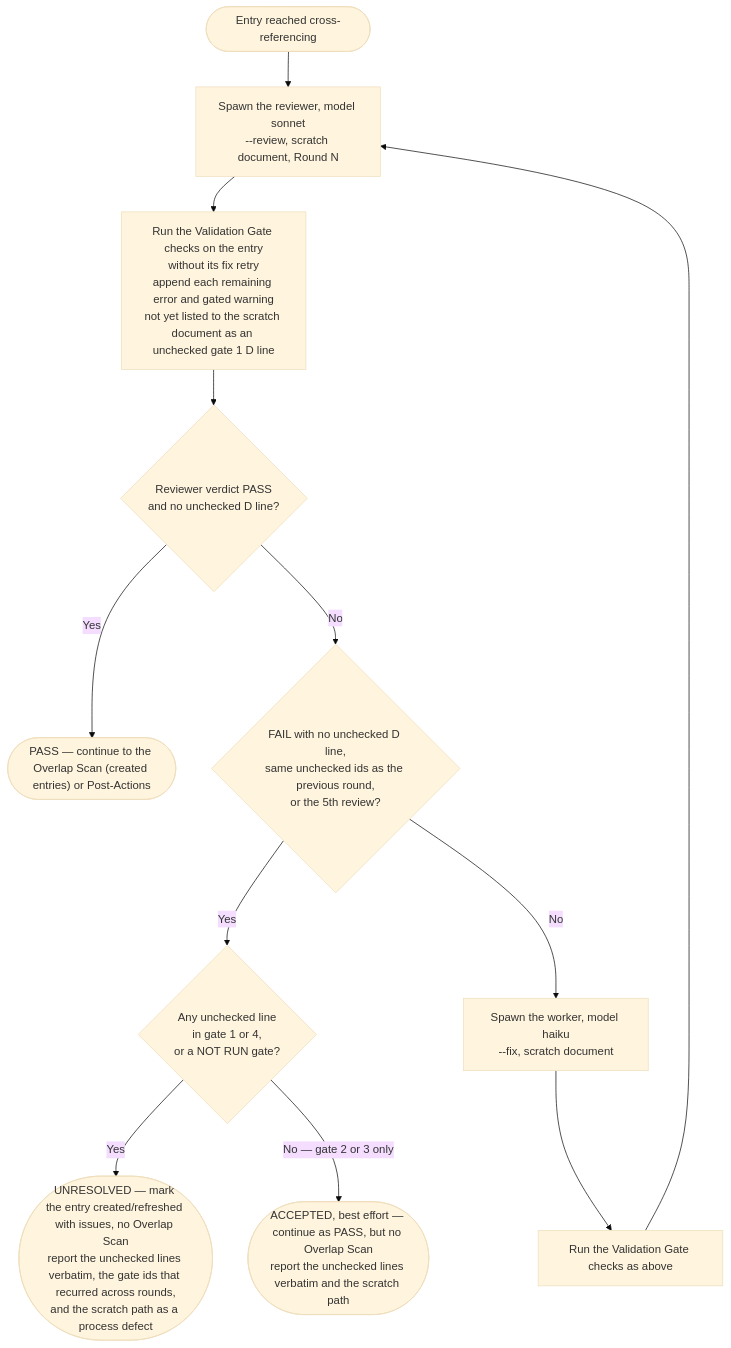
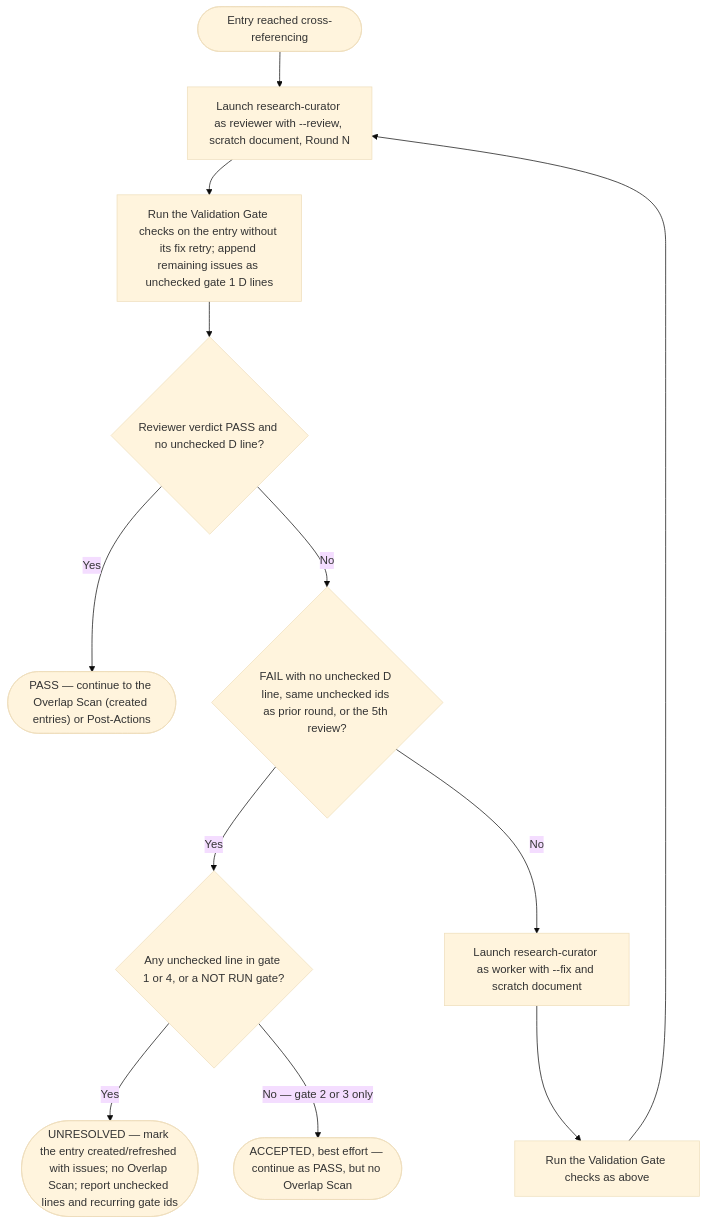
The fourth of 4 diagrams in .claude/skills/research-curator/SKILL.md (Jamie-BitFlight/claude_skills), drawn with Mermaid (base theme) before and after one commit. The commit also changed other lines of this file and 13 other files, not shown here.

````diff
--- a/.claude/skills/research-curator/SKILL.md
+++ b/.claude/skills/research-curator/SKILL.md
@@ -282,14 +323,14 @@
 ```mermaid
 flowchart TD
-    Start(["Entry reached cross-referencing"]) --> Review["Spawn the reviewer, model sonnet<br>--review, scratch document, Round N"]
-    Review --> Gate["Run the Validation Gate checks on the entry<br>without its fix retry<br>append each remaining error and gated warning<br>not yet listed to the scratch document as an unchecked gate 1 D line"]
-    Gate --> Q{"Reviewer verdict PASS<br>and no unchecked D line?"}
+    Start(["Entry reached cross-referencing"]) --> Review["Launch research-curator as reviewer with --review, scratch document, Round N"]
+    Review --> Gate["Run the Validation Gate checks on the entry without its fix retry; append remaining issues as unchecked gate 1 D lines"]
+    Gate --> Q{"Reviewer verdict PASS and no unchecked D line?"}
     Q -->|"Yes"| Pass(["PASS — continue to the Overlap Scan (created entries) or Post-Actions"])
-    Q -->|"No"| Stop{"FAIL with no unchecked D line,<br>same unchecked ids as the previous round,<br>or the 5th review?"}
-    Stop -->|"Yes"| Kind{"Any unchecked line<br>in gate 1 or 4,<br>or a NOT RUN gate?"}
-    Kind -->|"Yes"| Unresolved(["UNRESOLVED — mark the entry created/refreshed with issues, no Overlap Scan<br>report the unchecked lines verbatim, the gate ids that recurred across rounds,<br>and the scratch path as a process defect"])
-    Kind -->|"No — gate 2 or 3 only"| Accepted(["ACCEPTED, best effort — continue as PASS, but no Overlap Scan<br>report the unchecked lines verbatim and the scratch path"])
-    Stop -->|"No"| Fix["Spawn the worker, model haiku<br>--fix, scratch document"]
+    Q -->|"No"| Stop{"FAIL with no unchecked D line, same unchecked ids as prior round, or the 5th review?"}
+    Stop -->|"Yes"| Kind{"Any unchecked line in gate 1 or 4, or a NOT RUN gate?"}
+    Kind -->|"Yes"| Unresolved(["UNRESOLVED — mark the entry created/refreshed with issues; no Overlap Scan; report unchecked lines and recurring gate ids"])
+    Kind -->|"No — gate 2 or 3 only"| Accepted(["ACCEPTED, best effort — continue as PASS, but no Overlap Scan"])
+    Stop -->|"No"| Fix["Launch research-curator as worker with --fix and scratch document"]
     Fix --> Gate2["Run the Validation Gate checks as above"]
     Gate2 --> Review
 ```
````
